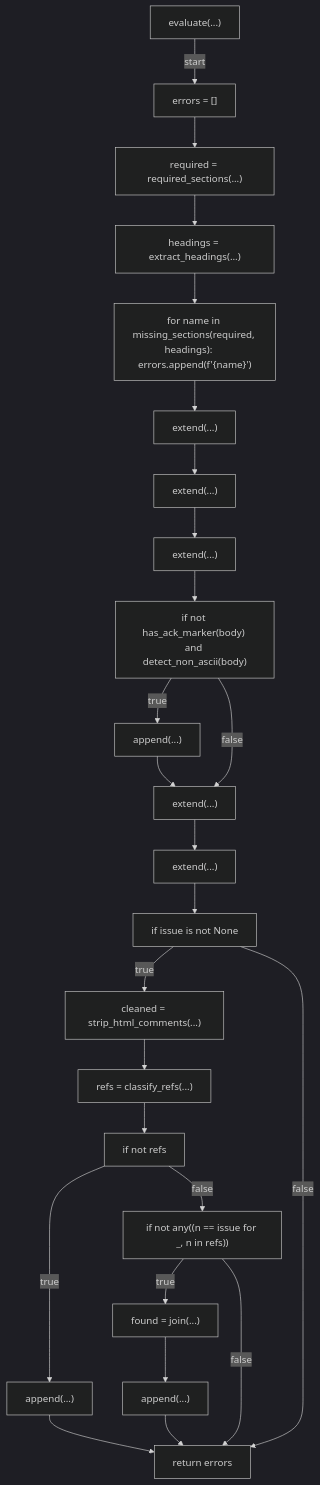
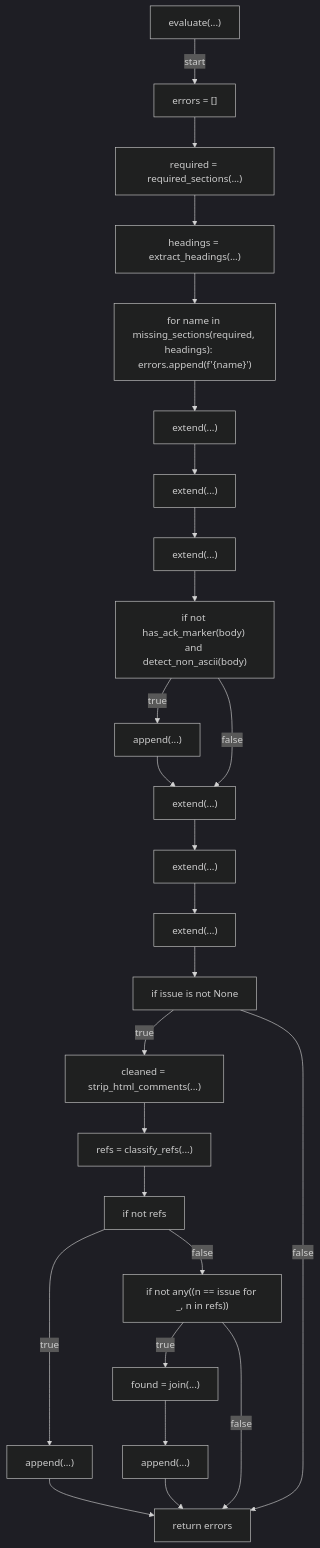
The second of 3 diagrams in docs/generated/scripts/ast/preflight_pr_body.md (tvna/claude-md), drawn with Mermaid (dark theme) before and after one commit. The commit also changed 2 other files, not shown here.

Commit message:
docs(generated): regenerate decision tree and workflow diagrams
Refs #960

````diff
--- a/docs/generated/scripts/ast/preflight_pr_body.md
+++ b/docs/generated/scripts/ast/preflight_pr_body.md
@@ -18,48 +18,50 @@
 ```mermaid
 flowchart TD
     N001["evaluate(...)"]
     N002["errors = []"]
     N003["required = required_sections(...)"]
     N004["headings = extract_headings(...)"]
     N005["for name in missing_sections(required, headings):     errors.append(f'<str>{name}<str>')"]
     N006["extend(...)"]
     N007["extend(...)"]
     N008["extend(...)"]
     N009["if not has_ack_marker(body) and detect_non_ascii(body)"]
     N010["append(...)"]
     N011["extend(...)"]
     N012["extend(...)"]
-    N013["if issue is not None"]
-    N014["cleaned = strip_html_comments(...)"]
-    N015["refs = classify_refs(...)"]
-    N016["if not refs"]
-    N017["append(...)"]
-    N018["if not any((n == issue for _, n in refs))"]
-    N019["found = join(...)"]
-    N020["append(...)"]
-    N021["return errors"]
+    N013["extend(...)"]
+    N014["if issue is not None"]
+    N015["cleaned = strip_html_comments(...)"]
+    N016["refs = classify_refs(...)"]
+    N017["if not refs"]
+    N018["append(...)"]
+    N019["if not any((n == issue for _, n in refs))"]
+    N020["found = join(...)"]
+    N021["append(...)"]
+    N022["return errors"]
     N001 -->|"start"| N002
     N002 --> N003
     N003 --> N004
     N004 --> N005
     N005 --> N006
     N006 --> N007
     N007 --> N008
     N008 --> N009
     N009 -->|"true"| N010
     N010 --> N011
     N009 -->|"false"| N011
     N011 --> N012
     N012 --> N013
-    N013 -->|"true"| N014
-    N014 --> N015
+    N013 --> N014
+    N014 -->|"true"| N015
     N015 --> N016
-    N016 -->|"true"| N017
-    N016 -->|"false"| N018
-    N018 -->|"true"| N019
-    N019 --> N020
-    N017 --> N021
+    N016 --> N017
+    N017 -->|"true"| N018
+    N017 -->|"false"| N019
+    N019 -->|"true"| N020
     N020 --> N021
-    N018 -->|"false"| N021
-    N013 -->|"false"| N021
+    N018 --> N022
+    N021 --> N022
+    N019 -->|"false"| N022
+    N014 -->|"false"| N022
 ```
````
